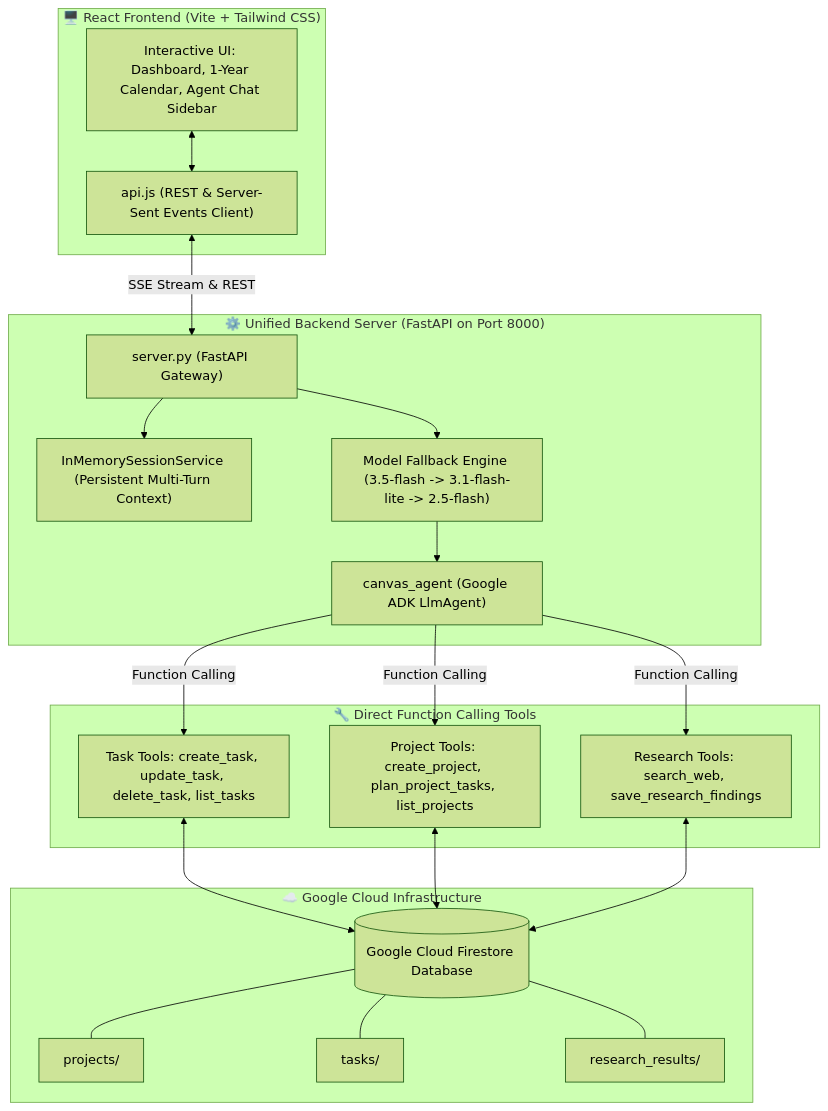
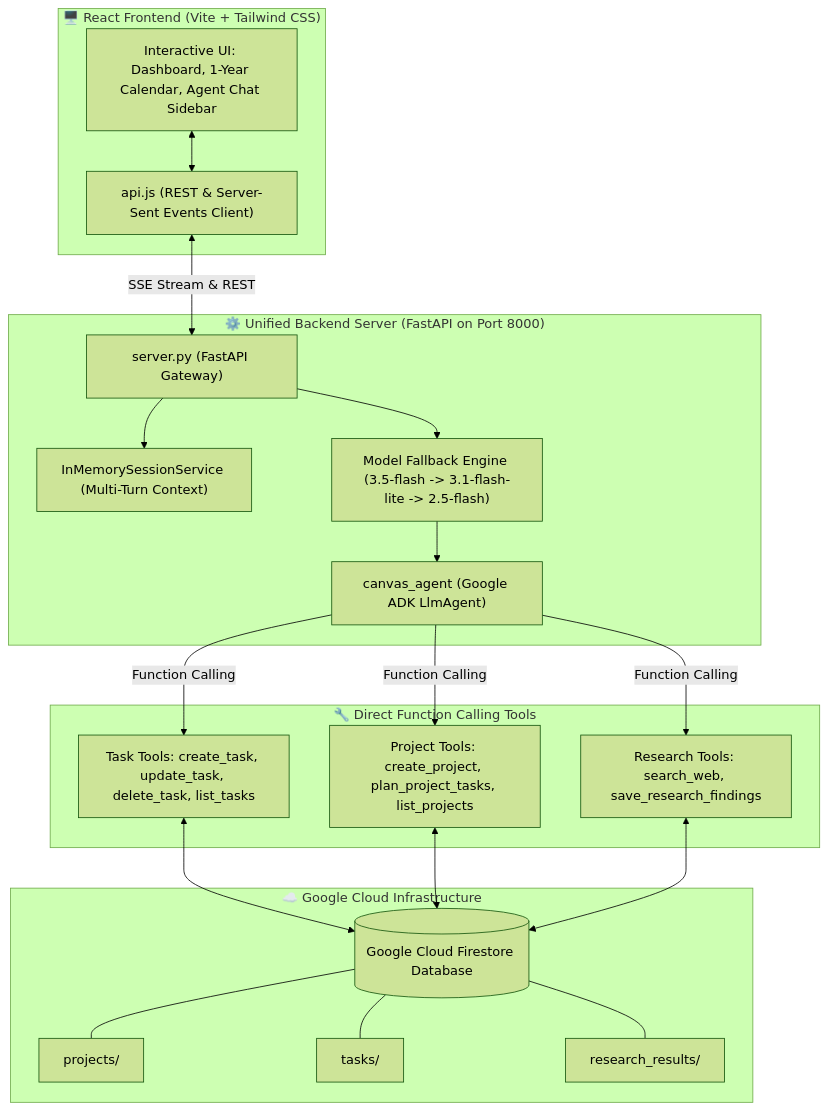
Before and after one commit to DheerajBishnoi/cognitive_canvas: the first of 2 diagrams in README.md, drawn with Mermaid (forest theme). The commit also changed other lines of this file, not shown here.

Commit message:
docs: polish README with badges, architecture flowcharts, intent diagrams, and quickstart

````diff
--- a/README.md
+++ b/README.md
@@ -24,37 +58,37 @@
 ```mermaid
 flowchart TD
     subgraph Client["🖥️ React Frontend (Vite + Tailwind CSS)"]
         UI["Interactive UI: Dashboard, 1-Year Calendar, Agent Chat Sidebar"]
         API_CLIENT["api.js (REST & Server-Sent Events Client)"]
     end
 
     subgraph Backend["⚙️ Unified Backend Server (FastAPI on Port 8000)"]
         SERVER["server.py (FastAPI Gateway)"]
-        SESSION_MGR["InMemorySessionService (Persistent Multi-Turn Context)"]
+        SESSION_MGR["InMemorySessionService (Multi-Turn Context)"]
         CASCADE["Model Fallback Engine (3.5-flash -> 3.1-flash-lite -> 2.5-flash)"]
         AGENT["canvas_agent (Google ADK LlmAgent)"]
     end
 
     subgraph Tools["🔧 Direct Function Calling Tools"]
         TASK_TOOLS["Task Tools: create_task, update_task, delete_task, list_tasks"]
         PROJECT_TOOLS["Project Tools: create_project, plan_project_tasks, list_projects"]
         RESEARCH_TOOLS["Research Tools: search_web, save_research_findings"]
     end
 
     subgraph GCP["☁️ Google Cloud Infrastructure"]
         FIRESTORE[("Google Cloud Firestore Database")]
         COL_PROJECTS["projects/"]
         COL_TASKS["tasks/"]
         COL_RESEARCH["research_results/"]
     end
 
-    %% Connections
+    %% Flow Connections
     UI <--> API_CLIENT
     API_CLIENT <-->|SSE Stream & REST| SERVER
     SERVER --> SESSION_MGR
     SERVER --> CASCADE
     CASCADE --> AGENT
     AGENT -->|Function Calling| TASK_TOOLS & PROJECT_TOOLS & RESEARCH_TOOLS
     TASK_TOOLS & PROJECT_TOOLS & RESEARCH_TOOLS <--> FIRESTORE
     FIRESTORE --- COL_PROJECTS & COL_TASKS & COL_RESEARCH
 ```
````
